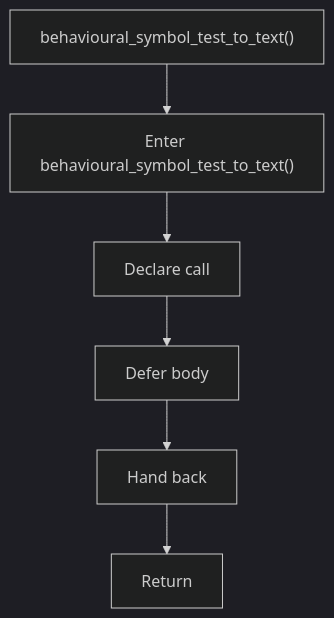
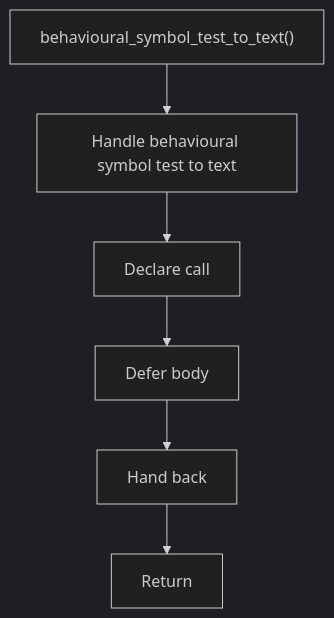
The fourth of 4 diagrams in docs/Codebase/Microservice/Modules/Header/SyntacticBrokenAST/Analysis/Patterns/Behavioural/SymbolTest/core.hpp.md (JohnAndrewBalbarosa/NeoTerritory), drawn with Mermaid (dark theme) before and after one commit. The commit also changed other lines of this file and 915 other files, not shown here.

````diff
--- a/docs/Codebase/Microservice/Modules/Header/SyntacticBrokenAST/Analysis/Patterns/Behavioural/SymbolTest/core.hpp.md
+++ b/docs/Codebase/Microservice/Modules/Header/SyntacticBrokenAST/Analysis/Patterns/Behavioural/SymbolTest/core.hpp.md
@@ -114,14 +113,14 @@
 ```mermaid
 flowchart TD
     Start["behavioural_symbol_test_to_text()"]
-    N0["Enter behavioural_symbol_test_to_text()"]
+    N0["Handle behavioural symbol test to text"]
     N1["Declare call"]
     N2["Defer body"]
     N3["Hand back"]
     End["Return"]
     Start --> N0
     N0 --> N1
     N1 --> N2
     N2 --> N3
     N3 --> End
 ```
````
